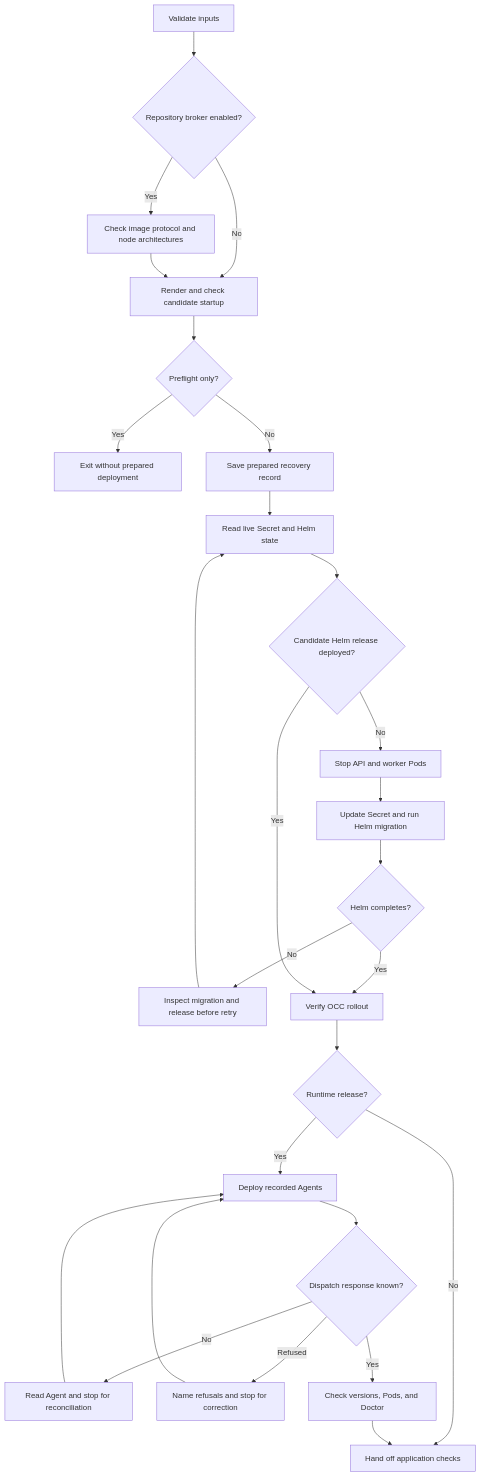
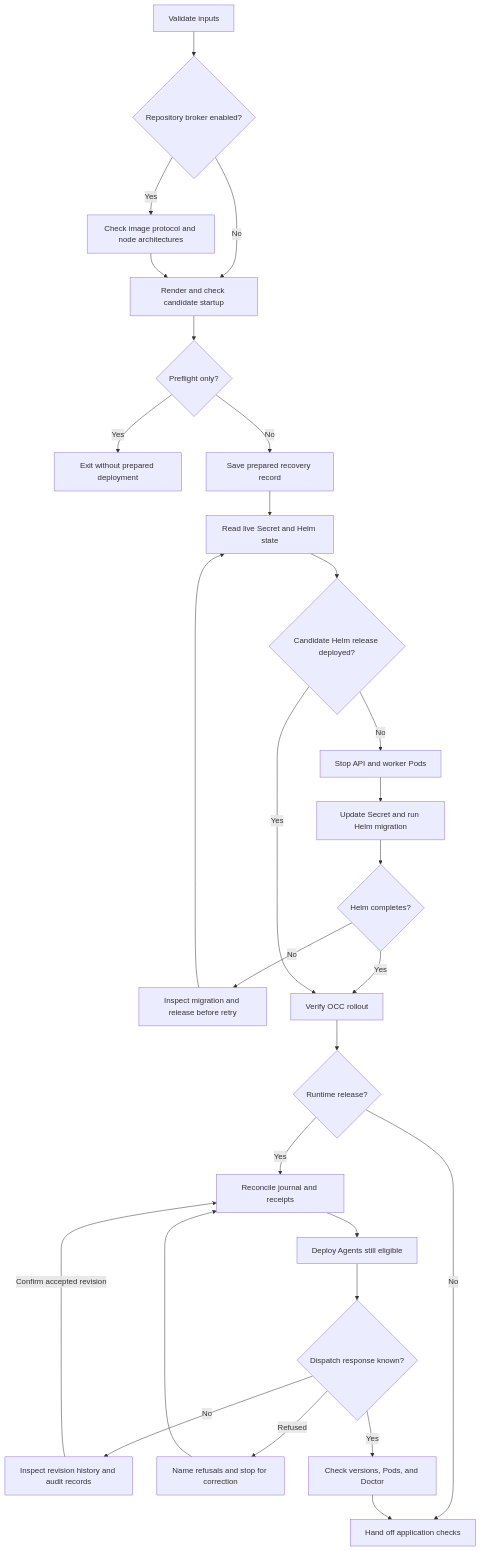
Before and after one commit to openclaw/openclaw-enterprise: the diagram in docs/flows/coordinated-production-upgrade.md, drawn with Mermaid. The commit also changed other lines of this file and 7 other files, not shown here.

````diff
--- a/docs/flows/coordinated-production-upgrade.md
+++ b/docs/flows/coordinated-production-upgrade.md
@@ -29,29 +29,30 @@
 ```mermaid
 graph TD
     A["Validate inputs"] --> Q{"Repository broker enabled?"}
     Q -->|Yes| P["Check image protocol and node architectures"]
     Q -->|No| B["Render and check candidate startup"]
     P --> B
     B --> R{"Preflight only?"}
     R -->|Yes| S["Exit without prepared deployment"]
     R -->|No| T["Save prepared recovery record"]
     T --> C["Read live Secret and Helm state"]
     C --> D{"Candidate Helm release deployed?"}
     D -->|No| E["Stop API and worker Pods"]
     E --> F["Update Secret and run Helm migration"]
     F --> G{"Helm completes?"}
     G -->|No| H["Inspect migration and release before retry"]
     H --> C
     G -->|Yes| I["Verify OCC rollout"]
     D -->|Yes| I
     I --> J{"Runtime release?"}
     J -->|No| K["Hand off application checks"]
-    J -->|Yes| L["Deploy recorded Agents"]
+    J -->|Yes| W["Reconcile journal and receipts"]
+    W --> L["Deploy Agents still eligible"]
     L --> M{"Dispatch response known?"}
-    M -->|No| N["Read Agent and stop for reconciliation"]
-    N --> L
+    M -->|No| N["Inspect revision history and audit records"]
+    N -->|"Confirm accepted revision"| W
     M -->|Refused| U["Name refusals and stop for correction"]
-    U --> L
+    U --> W
     M -->|Yes| O["Check versions, Pods, and Doctor"]
     O --> K
 ```
````
